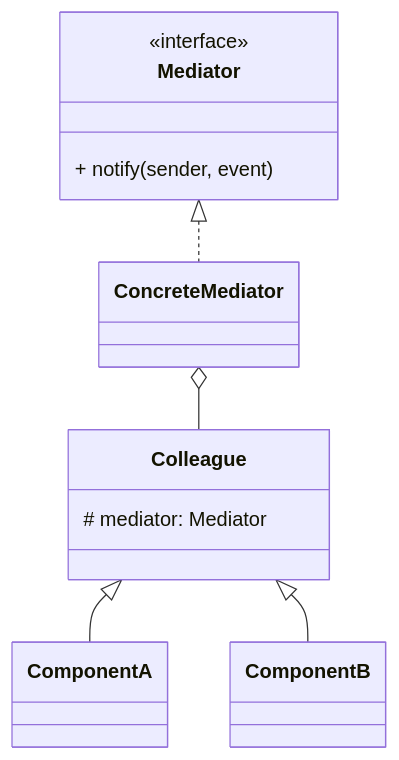
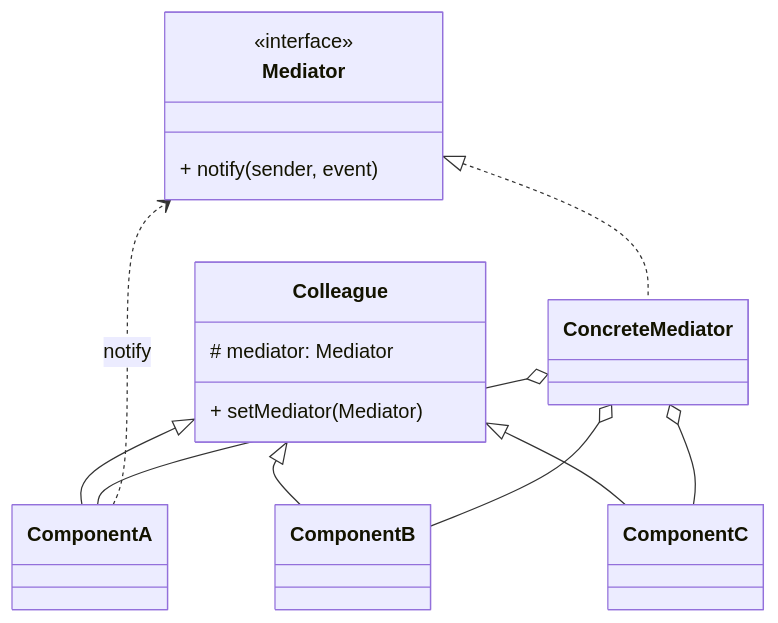
The first of 2 diagrams in 设计模式/行为型/中介者模式.md (tghrxxxyyy/knowledge-base), drawn with Mermaid before and after one commit. The commit also changed other lines of this file and 44 other files, not shown here.

````diff
--- a/设计模式/行为型/中介者模式.md
+++ b/设计模式/行为型/中介者模式.md
@@ -13,17 +35,23 @@
 ```mermaid
 classDiagram
     class Mediator {
         <<interface>>
         + notify(sender, event)
     }
     class ConcreteMediator
     class Colleague {
         # mediator: Mediator
+        + setMediator(Mediator)
     }
     class ComponentA
     class ComponentB
+    class ComponentC
     Mediator <|.. ConcreteMediator
     Colleague <|-- ComponentA
     Colleague <|-- ComponentB
-    ConcreteMediator o-- Colleague
+    Colleague <|-- ComponentC
+    ConcreteMediator o-- ComponentA
+    ConcreteMediator o-- ComponentB
+    ConcreteMediator o-- ComponentC
+    ComponentA ..> Mediator : notify
 ```
````
